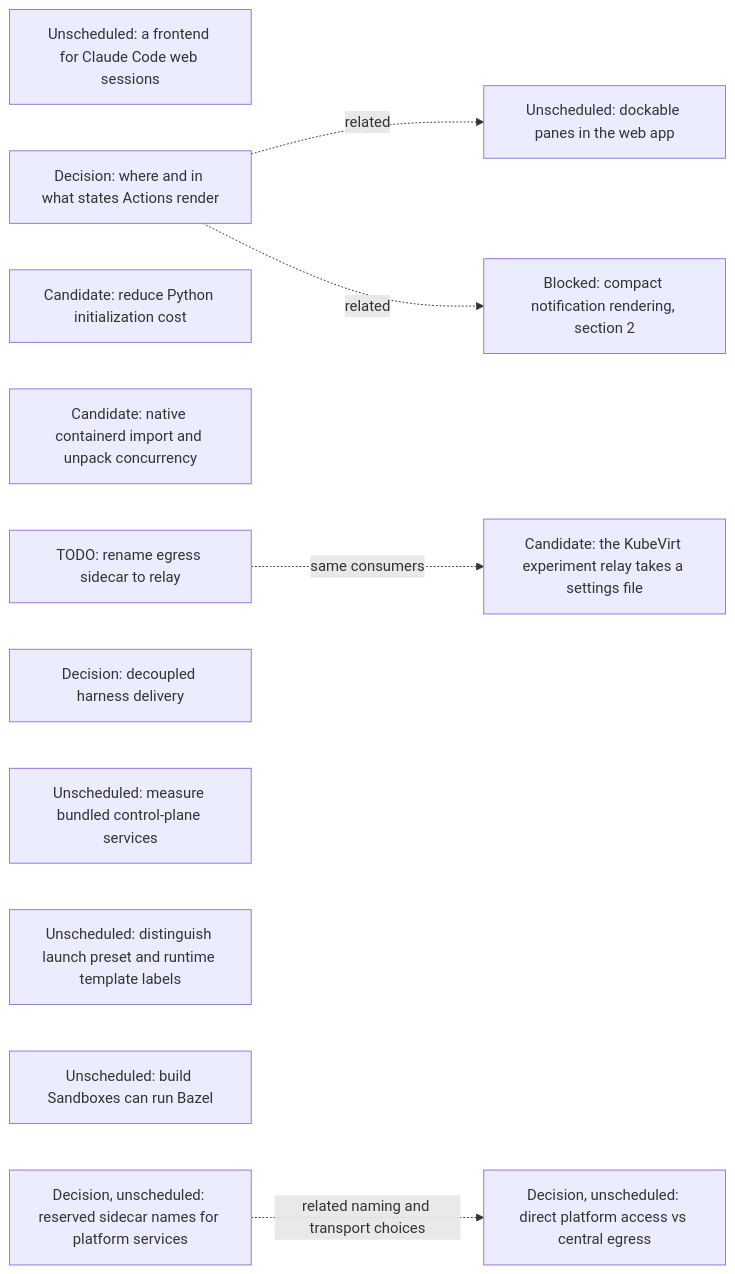
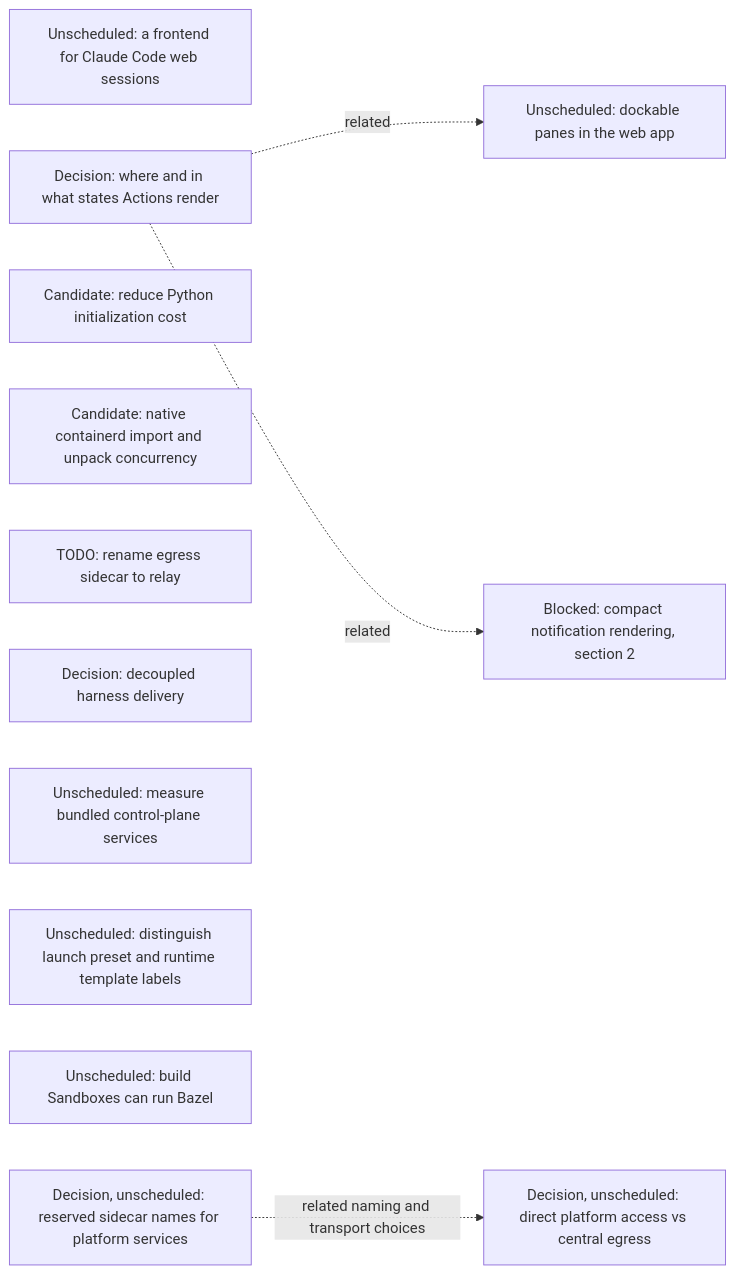
One commit to agentydragon/ducktape changed the seventh of 16 diagrams in agentplane/plans/task_dag.md. Above: the diagram before and after it, drawn with Mermaid. The commit also changed other lines of this file, not shown here.

First line of the commit message:
docs(agentplane): drop the EGRESS_RELAY_CONFIGMAP node

````diff
--- a/agentplane/plans/task_dag.md
+++ b/agentplane/plans/task_dag.md
@@ -801,21 +801,19 @@
 ```mermaid
 flowchart LR
     CLAUDE_CODE_WEB_BRIDGE[Unscheduled: a frontend for Claude Code web sessions]
     ACTION_SURFACES_DESIGN[Decision: where and in what states Actions render]
     K3S_PYTHON_INITIALIZATION[Candidate: reduce Python initialization cost]
     K3S_IMPORT_CONCURRENCY[Candidate: native containerd import and unpack concurrency]
     EGRESS_RELAY_RENAME[TODO: rename egress sidecar to relay]
-    EGRESS_RELAY_CONFIGMAP[Candidate: the KubeVirt experiment relay takes a settings file]
-    EGRESS_RELAY_RENAME -. same consumers .-> EGRESS_RELAY_CONFIGMAP
     RUNNER_HARNESS_DELIVERY_DESIGN[Decision: decoupled harness delivery]
     K3S_BUNDLED_SERVICES_SPIKE[Unscheduled: measure bundled control-plane services]
     DOCKABLE_PANES[Unscheduled: dockable panes in the web app]
     ACTION_SURFACES_DESIGN -. related .-> DOCKABLE_PANES
     NOTIFICATION_PRESENTATION[Blocked: compact notification rendering, section 2]
     ACTION_SURFACES_DESIGN -. related .-> NOTIFICATION_PRESENTATION
     SANDBOX_FORM_TERMINOLOGY[Unscheduled: distinguish launch preset and runtime template labels]
     BUILD_BOX_BAZEL[Unscheduled: build Sandboxes can run Bazel]
     PLATFORM_SERVICE_NAMES_DESIGN[Decision, unscheduled: reserved sidecar names for platform services]
     PLATFORM_SERVICE_ROUTING_DESIGN[Decision, unscheduled: direct platform access vs central egress]
     PLATFORM_SERVICE_NAMES_DESIGN -. related naming and transport choices .-> PLATFORM_SERVICE_ROUTING_DESIGN
 ```
````
